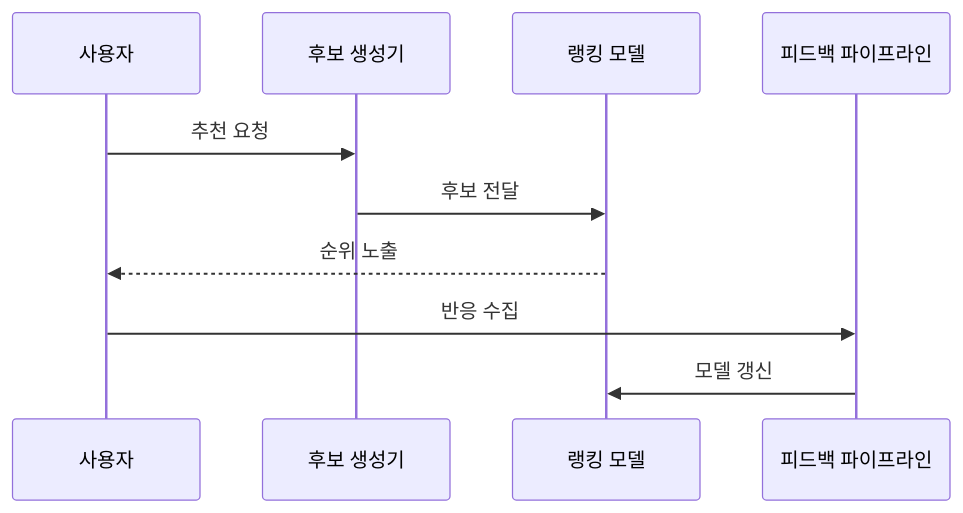
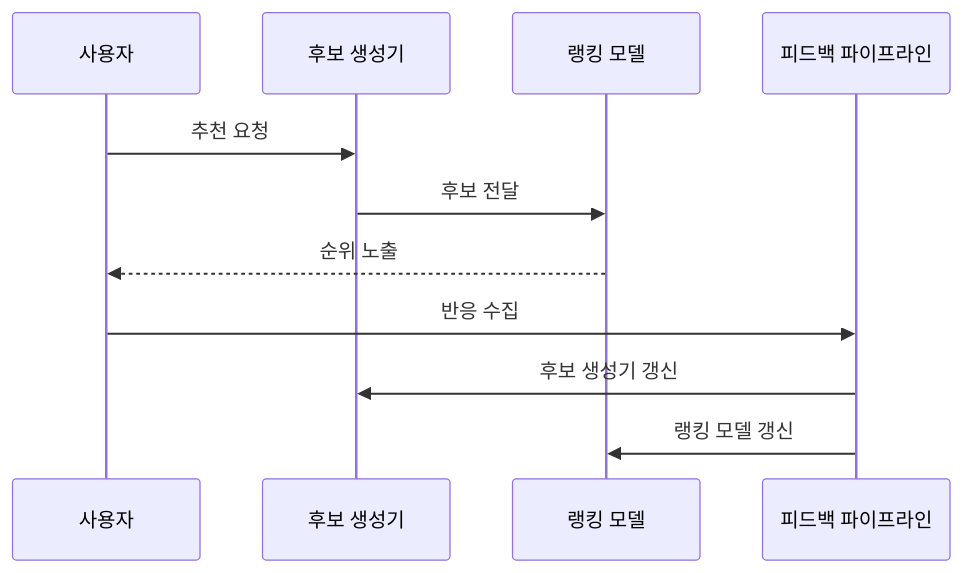
The second of 2 diagrams in src/content/docs/notes/01-basic-theory/054_recommendation_system.md (agnusdei1207/knowledge-base), drawn with Mermaid before and after one commit. The commit also changed other lines of this file and 7 other files, not shown here.

````diff
--- a/src/content/docs/notes/01-basic-theory/054_recommendation_system.md
+++ b/src/content/docs/notes/01-basic-theory/054_recommendation_system.md
@@ -84,12 +84,13 @@
 ```mermaid
 sequenceDiagram
     participant U as 사용자
     participant C as 후보 생성기
     participant R as 랭킹 모델
     participant P as 피드백 파이프라인
     U->>C: 추천 요청
     C->>R: 후보 전달
     R-->>U: 순위 노출
     U->>P: 반응 수집
-    P->>R: 모델 갱신
+    P->>C: 후보 생성기 갱신
+    P->>R: 랭킹 모델 갱신
 ```
````
